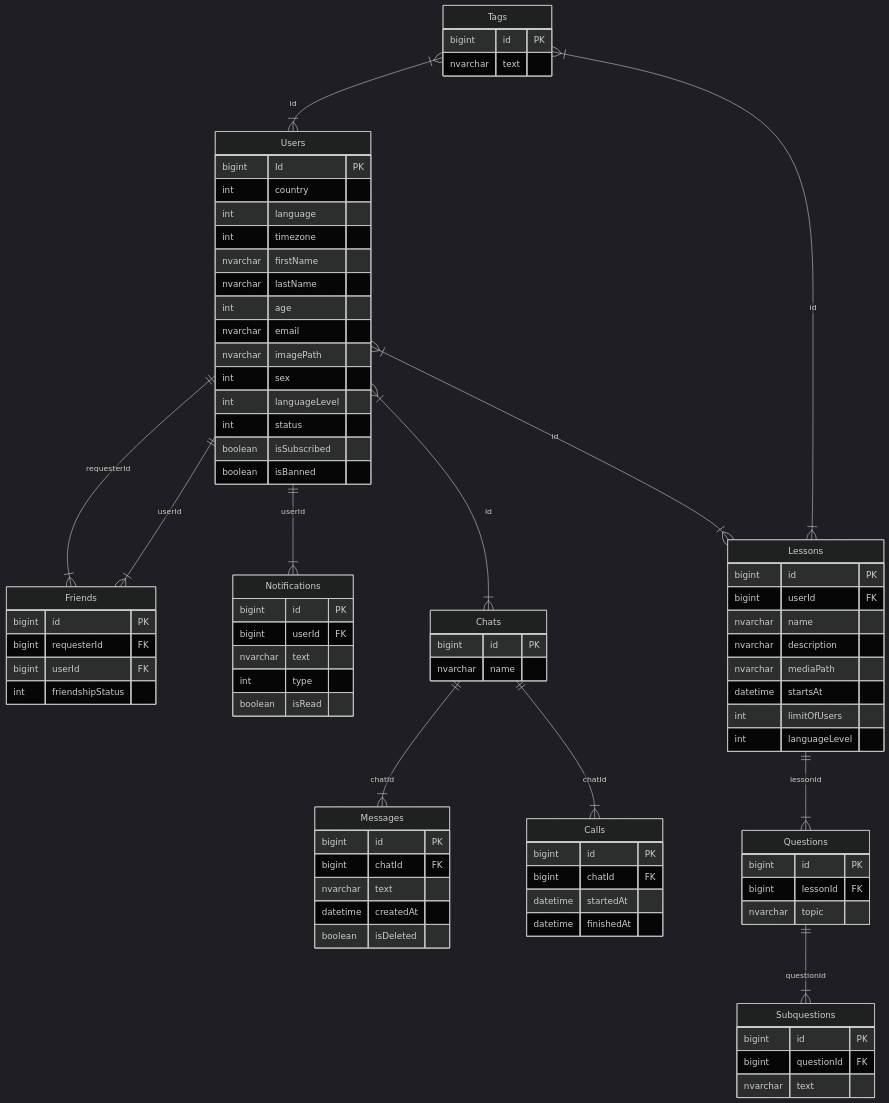
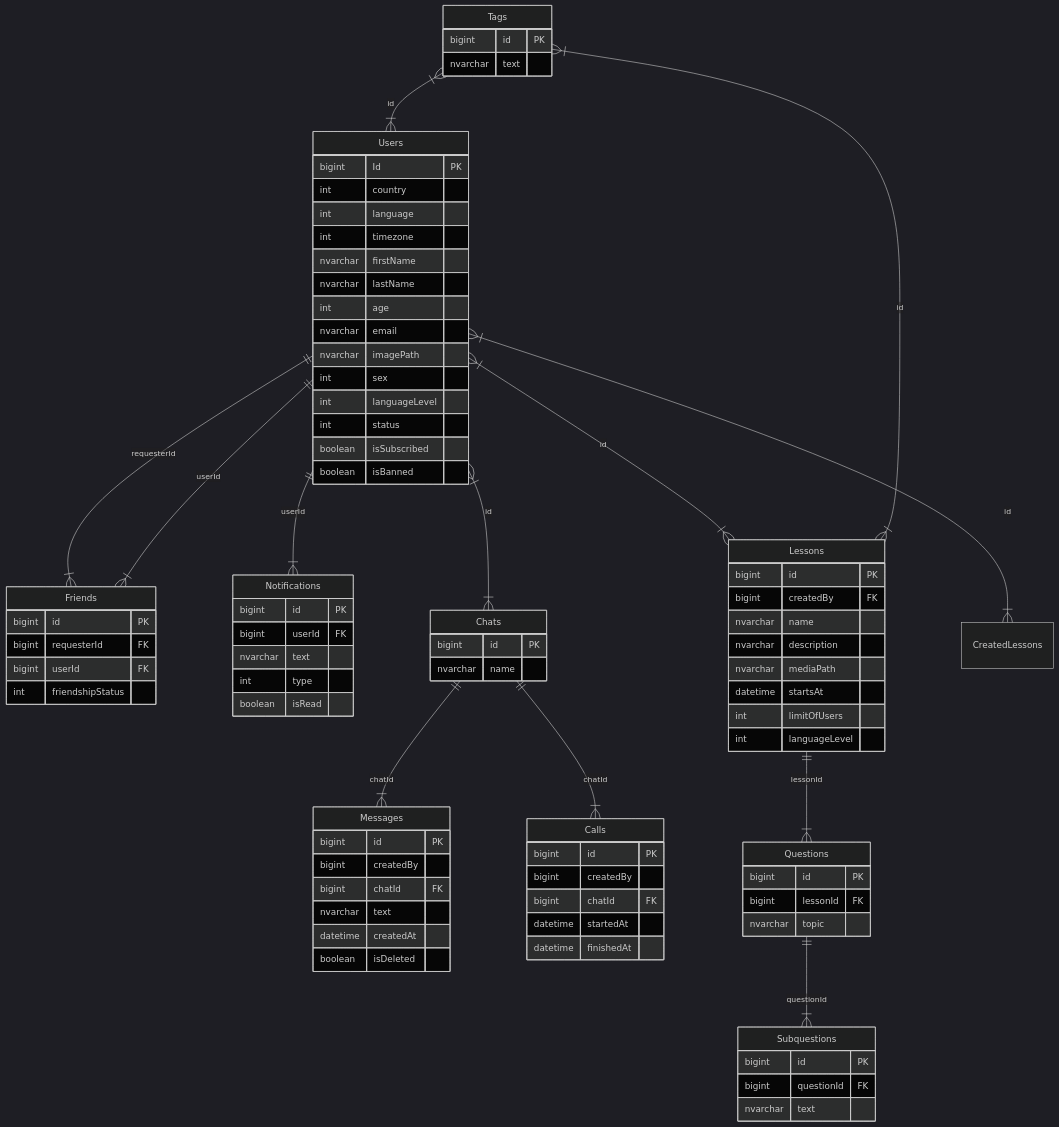
One commit to BinaryStudioAcademy/bsa-winter-2022-2023-easyspeak changed the diagram in README.md. Above: the diagram before and after it, drawn with Mermaid (dark theme).

Commit message:
23: README file updated

```diff
--- a/README.md
+++ b/README.md
@@ -41,6 +41,7 @@
   Users ||--|{ Notifications : userId
   Users }|--|{ Chats : id
   Users }|--|{ Lessons : id
+  Users }|--|{ CreatedLessons : id
 
   Users {
     bigint Id PK
@@ -90,7 +91,7 @@
   Lessons ||--|{ Questions : lessonId
   Lessons {
     bigint id PK
-    bigint userId FK
+    bigint createdBy FK
     nvarchar name
     nvarchar description
     nvarchar mediaPath
@@ -101,6 +102,7 @@
 
   Calls {
     bigint id PK
+	bigint createdBy
     bigint chatId FK
     datetime startedAt
     datetime finishedAt
@@ -115,6 +117,7 @@
 
   Messages {
     bigint id PK
+	bigint createdBy
     bigint chatId FK
     nvarchar text
     datetime createdAt
```
